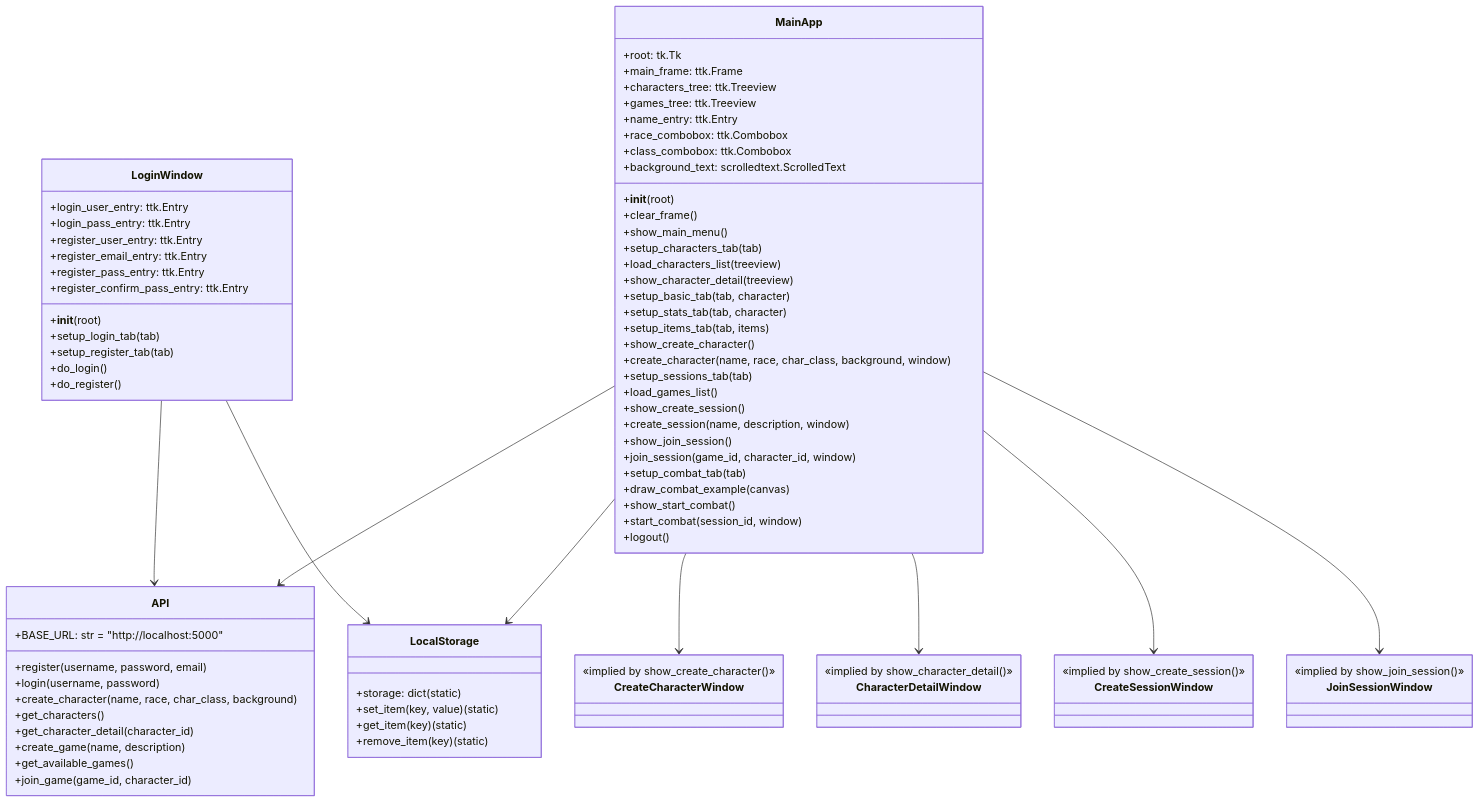
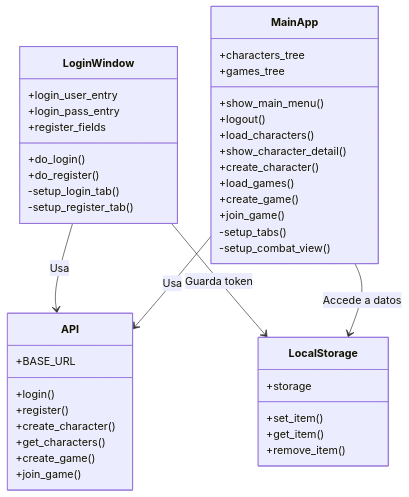
The diagram in Projecte_ROL/Frontend/DiagramaFrontend.mermaid (Ruben2006676/TapatApp), drawn with Mermaid before and after one commit.

```diff
--- a/Projecte_ROL/Frontend/DiagramaFrontend.mermaid
+++ b/Projecte_ROL/Frontend/DiagramaFrontend.mermaid
@@ -1,91 +1,47 @@
 classDiagram
     class LoginWindow {
-        +login_user_entry: ttk.Entry
-        +login_pass_entry: ttk.Entry
-        +register_user_entry: ttk.Entry
-        +register_email_entry: ttk.Entry
-        +register_pass_entry: ttk.Entry
-        +register_confirm_pass_entry: ttk.Entry
-        +__init__(root)
-        +setup_login_tab(tab)
-        +setup_register_tab(tab)
+        +login_user_entry
+        +login_pass_entry
+        +register_fields
         +do_login()
         +do_register()
+        -setup_login_tab()
+        -setup_register_tab()
     }
 
     class MainApp {
-        +root: tk.Tk
-        +main_frame: ttk.Frame
-        +characters_tree: ttk.Treeview
-        +games_tree: ttk.Treeview
-        +name_entry: ttk.Entry
-        +race_combobox: ttk.Combobox
-        +class_combobox: ttk.Combobox
-        +background_text: scrolledtext.ScrolledText
-        +__init__(root)
-        +clear_frame()
+        +characters_tree
+        +games_tree
         +show_main_menu()
-        +setup_characters_tab(tab)
-        +load_characters_list(treeview)
-        +show_character_detail(treeview)
-        +setup_basic_tab(tab, character)
-        +setup_stats_tab(tab, character)
-        +setup_items_tab(tab, items)
-        +show_create_character()
-        +create_character(name, race, char_class, background, window)
-        +setup_sessions_tab(tab)
-        +load_games_list()
-        +show_create_session()
-        +create_session(name, description, window)
-        +show_join_session()
-        +join_session(game_id, character_id, window)
-        +setup_combat_tab(tab)
-        +draw_combat_example(canvas)
-        +show_start_combat()
-        +start_combat(session_id, window)
         +logout()
+        +load_characters()
+        +show_character_detail()
+        +create_character()
+        +load_games()
+        +create_game()
+        +join_game()
+        -setup_tabs()
+        -setup_combat_view()
     }
 
     class API {
-        +BASE_URL: str = "http://localhost:5000"
-        +register(username, password, email)
-        +login(username, password)
-        +create_character(name, race, char_class, background)
+        +BASE_URL
+        +login()
+        +register()
+        +create_character()
         +get_characters()
-        +get_character_detail(character_id)
-        +create_game(name, description)
-        +get_available_games()
-        +join_game(game_id, character_id)
+        +create_game()
+        +join_game()
     }
 
     class LocalStorage {
-        +storage: dict (static)
-        +set_item(key, value) (static)
-        +get_item(key) (static)
-        +remove_item(key) (static)
+        +storage
+        +set_item()
+        +get_item()
+        +remove_item()
     }
 
-    class CreateCharacterWindow {
-        <<implied by show_create_character()>>
-    }
-
-    class CharacterDetailWindow {
-        <<implied by show_character_detail()>>
-    }
-
-    class CreateSessionWindow {
-        <<implied by show_create_session()>>
-    }
-
-    class JoinSessionWindow {
-        <<implied by show_join_session()>>
-    }
-
-    LoginWindow --> API
-    LoginWindow --> LocalStorage
-    MainApp --> API
-    MainApp --> LocalStorage
-    MainApp --> CreateCharacterWindow
-    MainApp --> CharacterDetailWindow
-    MainApp --> CreateSessionWindow
-    MainApp --> JoinSessionWindow
+    LoginWindow --> API : Usa
+    LoginWindow --> LocalStorage : Guarda token
+    MainApp --> API : Usa
+    MainApp --> LocalStorage : Accede a datos
```
